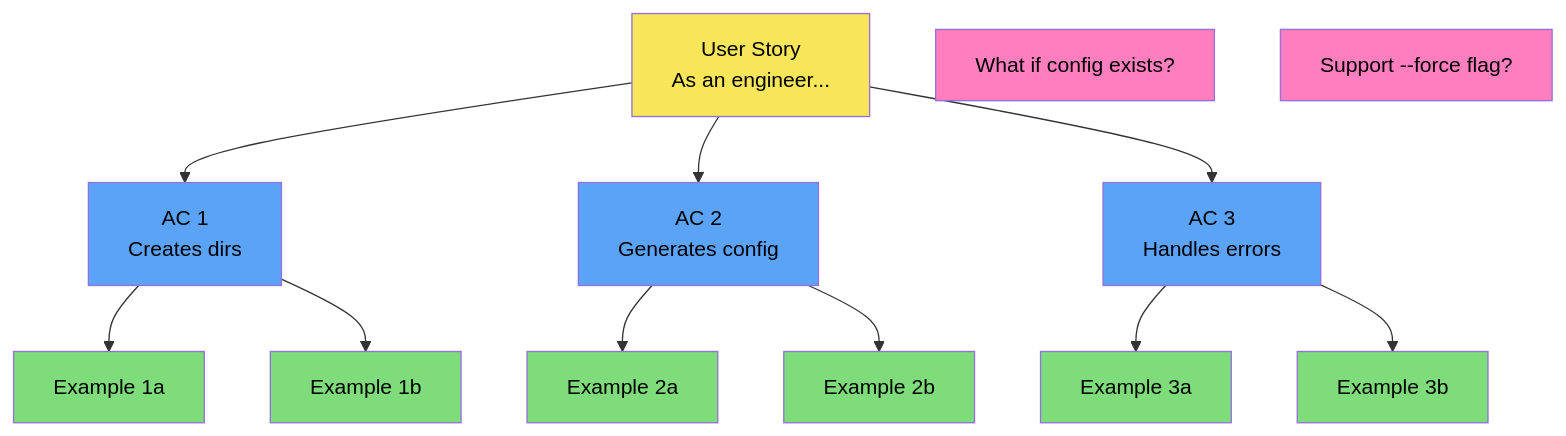
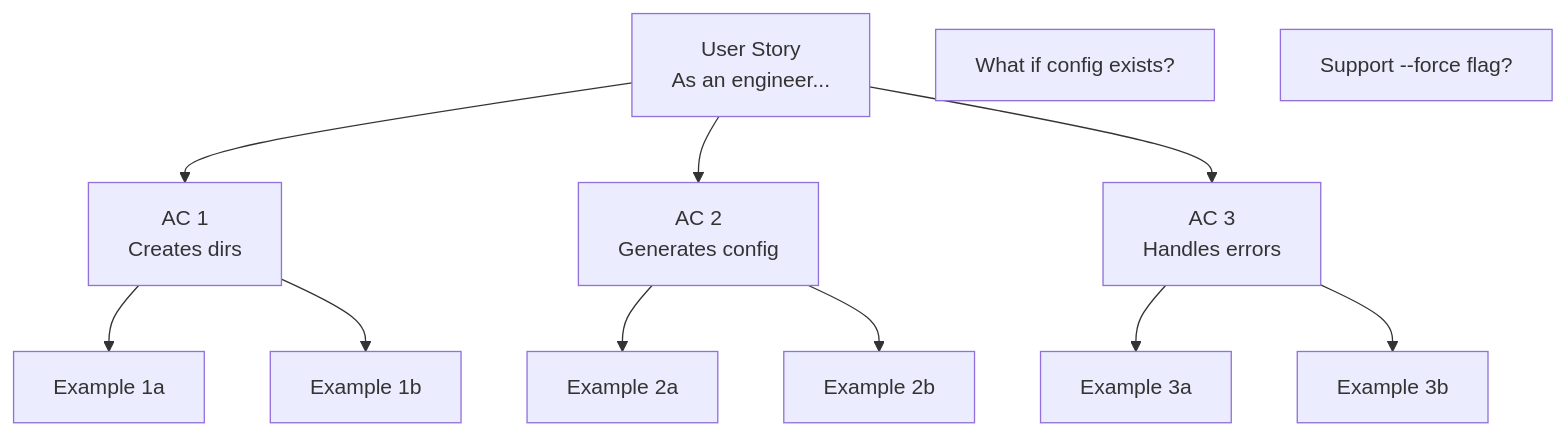
One commit to ready-to-release/eac changed the first of 2 diagrams in docs/explanation/specifications/example-mapping.md. Above: the diagram before and after it, drawn with Mermaid. The commit also changed other lines of this file and 28 other files, not shown here.

````diff
--- a/docs/explanation/specifications/example-mapping.md
+++ b/docs/explanation/specifications/example-mapping.md
@@ -82,33 +82,21 @@
 ```mermaid
 flowchart TD
     Story["User Story<br/>As an engineer..."]
 
     Story --> Rule1["AC 1<br/>Creates dirs"]
     Story --> Rule2["AC 2<br/>Generates config"]
     Story --> Rule3["AC 3<br/>Handles errors"]
 
     Rule1 --> Example1a["Example 1a"]
     Rule1 --> Example1b["Example 1b"]
 
     Rule2 --> Example2a["Example 2a"]
     Rule2 --> Example2b["Example 2b"]
 
     Rule3 --> Example3a["Example 3a"]
     Rule3 --> Example3b["Example 3b"]
 
     Question1["What if config exists?"]
     Question2["Support --force flag?"]
 
-    style Story fill:#F7E55A,color:#000
-    style Rule1 fill:#5BA3F7,color:#000
-    style Rule2 fill:#5BA3F7,color:#000
-    style Rule3 fill:#5BA3F7,color:#000
-    style Example1a fill:#7EDC7A,color:#000
-    style Example1b fill:#7EDC7A,color:#000
-    style Example2a fill:#7EDC7A,color:#000
-    style Example2b fill:#7EDC7A,color:#000
-    style Example3a fill:#7EDC7A,color:#000
-    style Example3b fill:#7EDC7A,color:#000
-    style Question1 fill:#FF7EBF,color:#000
-    style Question2 fill:#FF7EBF,color:#000
 ```
````
